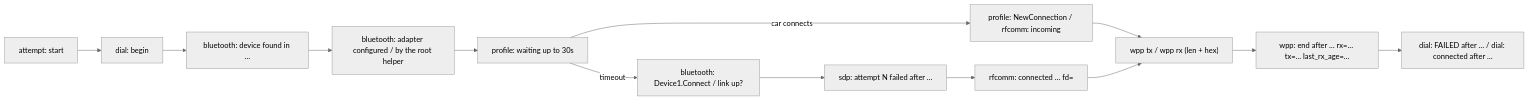
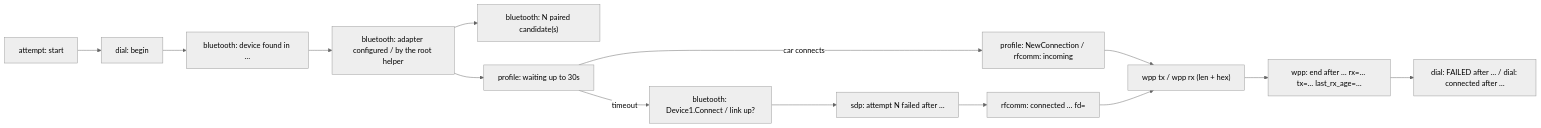
The third of 4 diagrams in WIRELESS.md (zx97/cargadgetd), drawn with Mermaid (neutral theme) before and after one commit. The commit also changed other lines of this file and 6 other files, not shown here.

````diff
--- a/WIRELESS.md
+++ b/WIRELESS.md
@@ -242,15 +242,16 @@
 ```mermaid
 flowchart LR
     A["attempt: start"] --> B["dial: begin"]
     B --> C["bluetooth: device found in …"]
     C --> D["bluetooth: adapter configured / by the root helper"]
+    D --> D2["bluetooth: N paired candidate(s)"]
     D --> E["profile: waiting up to 30s"]
     E -->|car connects| F["profile: NewConnection / rfcomm: incoming"]
     E -->|timeout| G["bluetooth: Device1.Connect / link up?"]
     G --> H["sdp: attempt N failed after …"]
     H --> I["rfcomm: connected … fd="]
     F --> J["wpp tx / wpp rx (len + hex)"]
     I --> J
     J --> K["wpp: end after … rx=… tx=… last_rx_age=…"]
     K --> L["dial: FAILED after … / dial: connected after …"]
 ```
````
